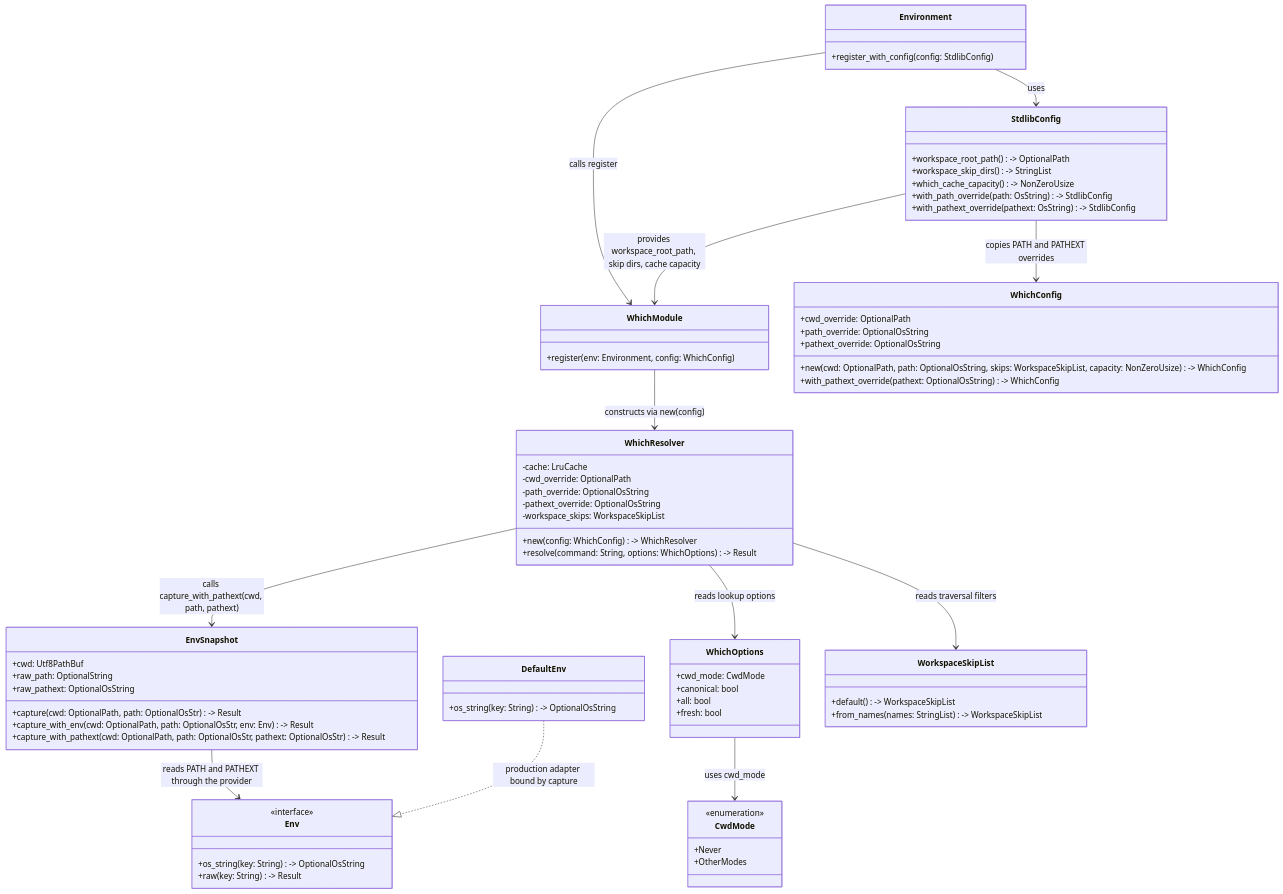
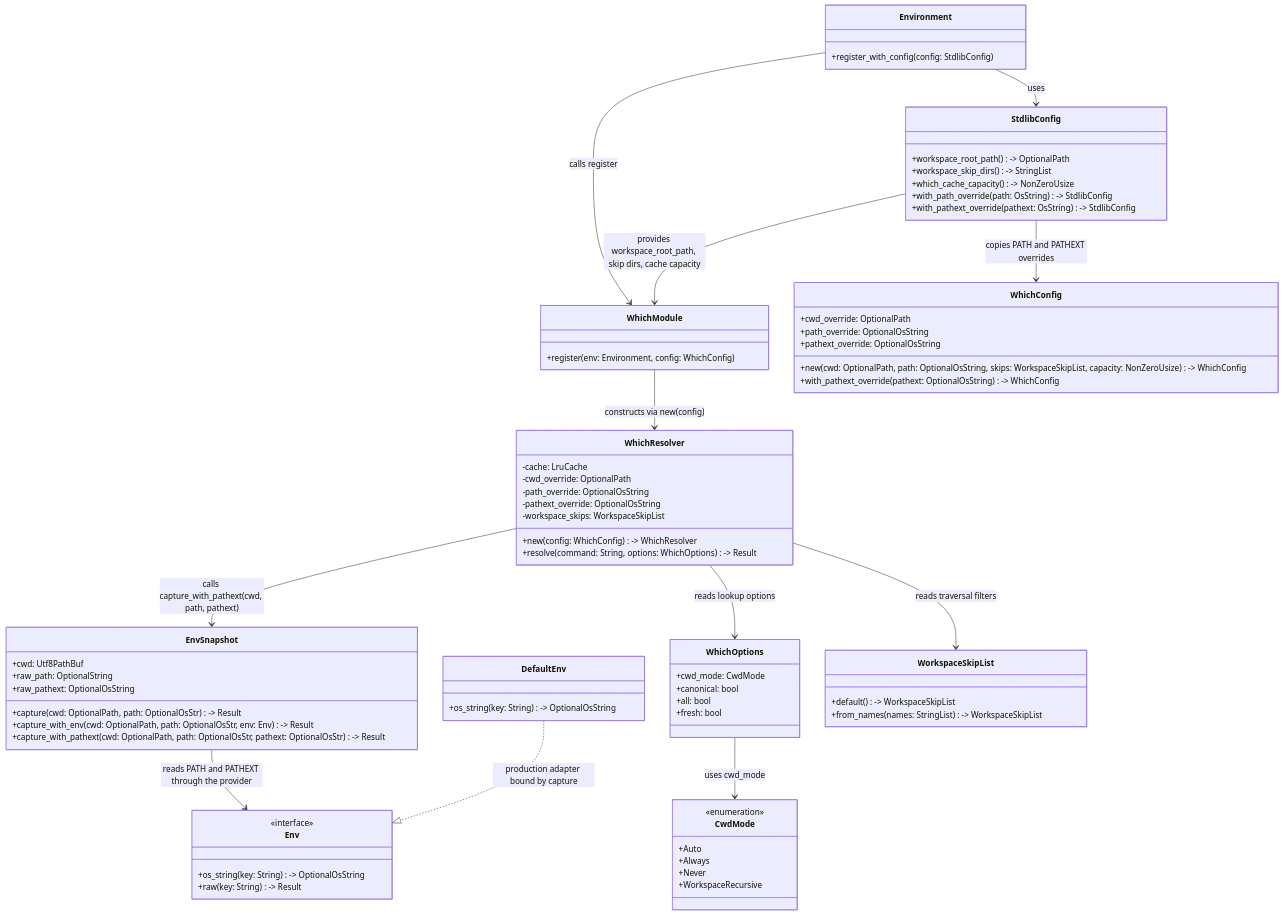
One commit to leynos/netsuke changed the eighth of 20 diagrams in docs/netsuke-design.md. Above: the diagram before and after it, drawn with Mermaid. The commit also changed other lines of this file and 57 other files, not shown here.

First line of the commit message:
Require explicit recursive workspace lookup (#646) (#672)

```diff
--- a/docs/netsuke-design.md
+++ b/docs/netsuke-design.md
@@ -1759,8 +1790,10 @@
 
     class CwdMode {
         <<enumeration>>
+        +Auto
+        +Always
         +Never
-        +OtherModes
+        +WorkspaceRecursive
     }
 
     Environment --> StdlibConfig : uses
```
